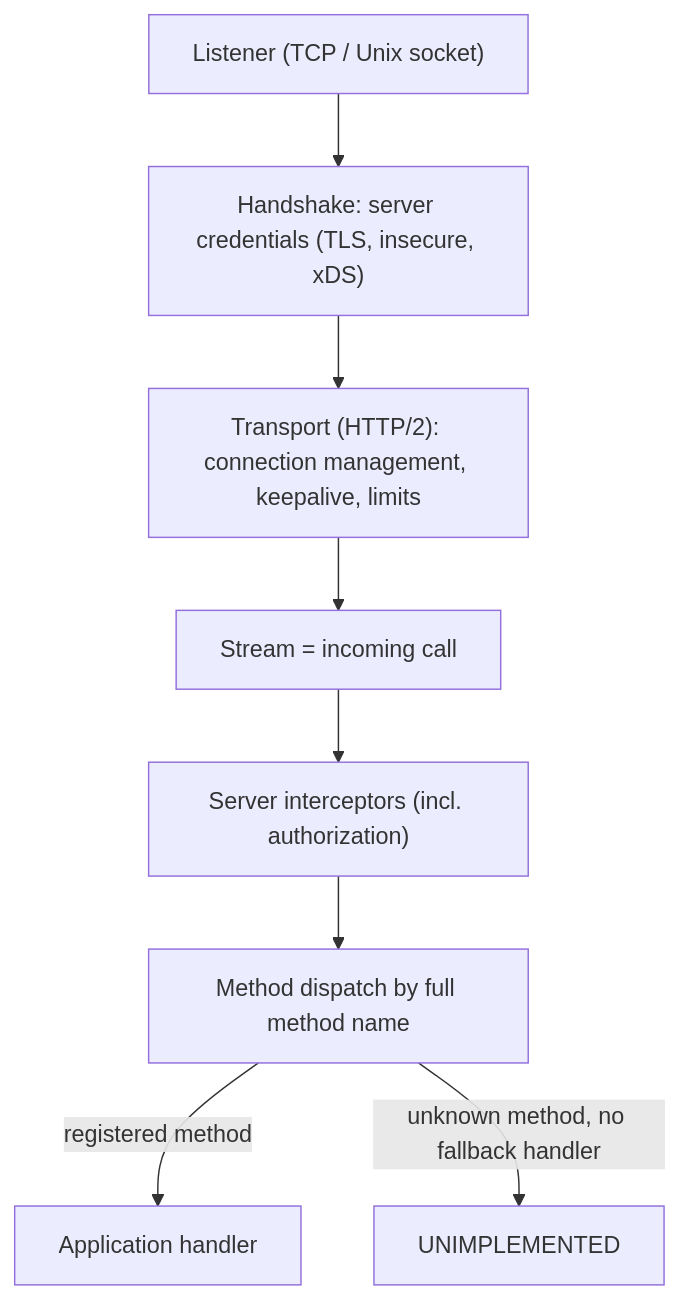
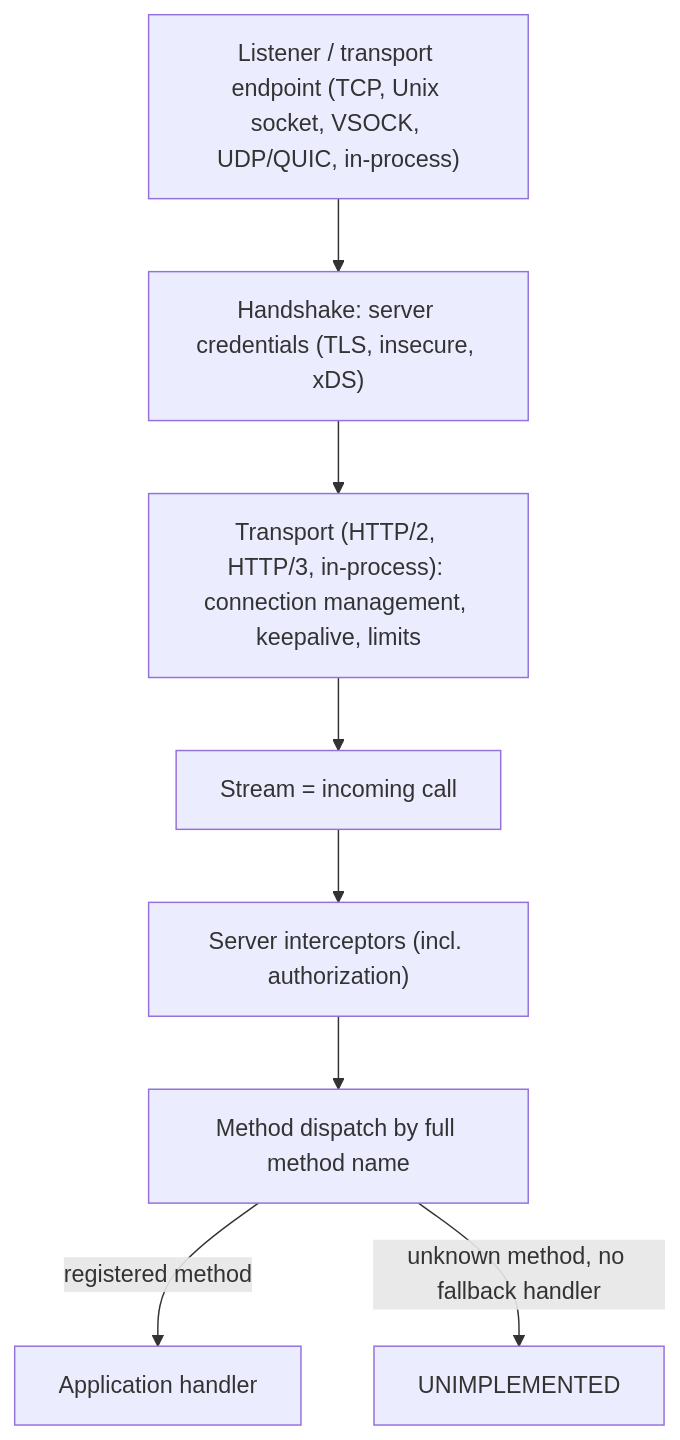
One commit to dfawley/grpc changed the second of 2 diagrams in doc/spec/01-architecture/README.md. Above: the diagram before and after it, drawn with Mermaid. The commit also changed other lines of this file and 97 other files, not shown here.

````diff
--- a/doc/spec/01-architecture/README.md
+++ b/doc/spec/01-architecture/README.md
@@ -176,10 +176,10 @@
 ```mermaid
 flowchart TD
-    L["Listener (TCP / Unix socket)"] --> H["Handshake: server credentials (TLS, insecure, xDS)"]
-    H --> T["Transport (HTTP/2): connection management, keepalive, limits"]
+    L["Listener / transport endpoint (TCP, Unix socket, VSOCK, UDP/QUIC, in-process)"] --> H["Handshake: server credentials (TLS, insecure, xDS)"]
+    H --> T["Transport (HTTP/2, HTTP/3, in-process): connection management, keepalive, limits"]
     T --> S["Stream = incoming call"]
     S --> SI["Server interceptors (incl. authorization)"]
     SI --> D["Method dispatch by full method name"]
     D -->|"registered method"| HD["Application handler"]
     D -->|"unknown method, no fallback handler"| U["UNIMPLEMENTED"]
 ```
````
